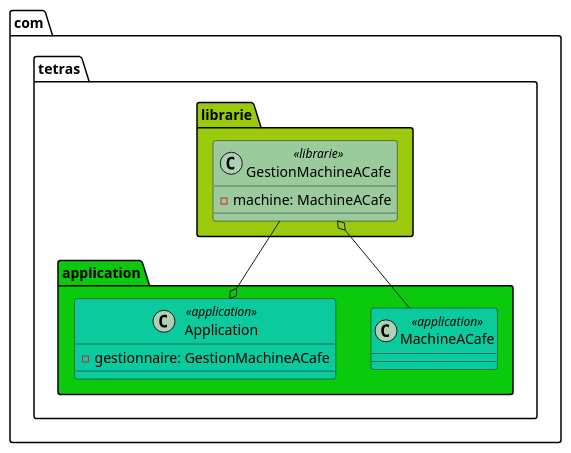
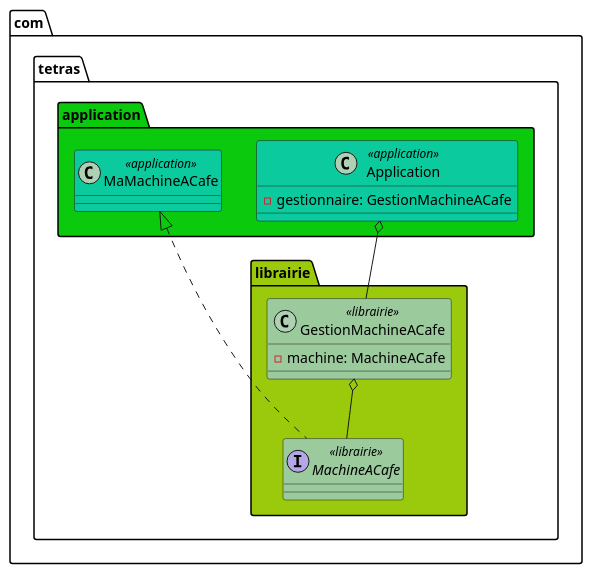
Before and after one commit to kotsaw/design-pattern: the diagram in src/uml/DependencyInjection.puml, drawn with PlantUML. The commit also changed 6 other files, not shown here.

```diff
--- a/src/uml/DependencyInjection.puml
+++ b/src/uml/DependencyInjection.puml
@@ -1,25 +1,29 @@
 @startuml Singleton
 
 skinparam class {
-    BackgroundColor<<librarie>> #9bca9d
+    BackgroundColor<<librairie>> #9bca9d
     BackgroundColor<<application>> #0bca9d
 }
 
-package "com.tetras.librarie" #9bca0d {
-    class GestionMachineACafe <<librarie>> {
+package "com.tetras.librairie" #9bca0d {
+    interface MachineACafe <<librairie>> 
+
+    class GestionMachineACafe <<librairie>> {
         - machine: MachineACafe
     }
 }
 
 
 package "com.tetras.application" #0bca0d {
-    class MachineACafe <<application>> 
+    class MaMachineACafe <<application>> 
+    MaMachineACafe <|.. MachineACafe
+
     class Application <<application>> {
         - gestionnaire: GestionMachineACafe
     }
 }
 
 Application o-- GestionMachineACafe
 GestionMachineACafe o-- MachineACafe
 
 @enduml
```
